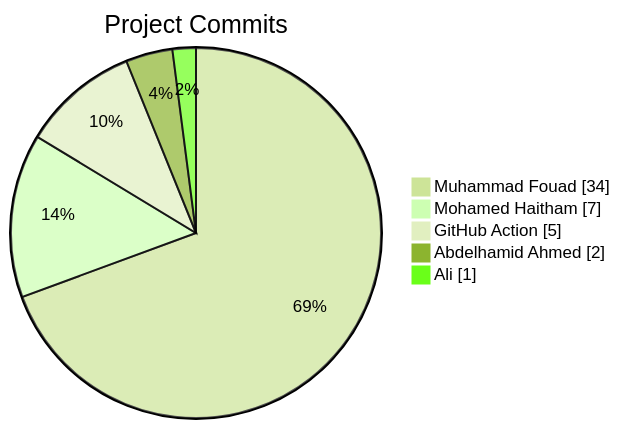
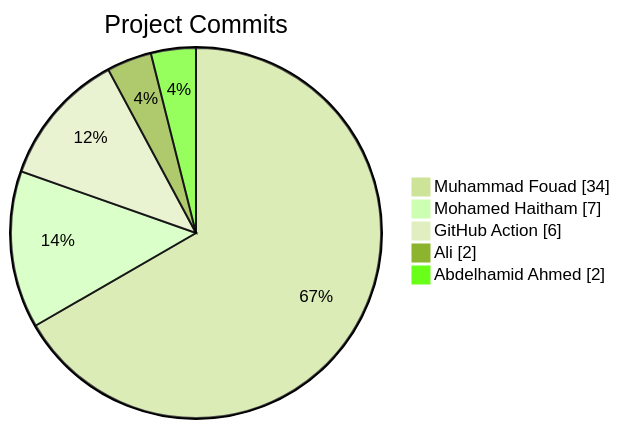
The diagram in README.md (Abdelhamid-El-rashidy/Library_System), drawn with Mermaid (forest theme) before and after one commit.

Commit message:
docs: update contributor stats [skip ci]

````diff
--- a/README.md
+++ b/README.md
@@ -11,9 +11,9 @@
 ```mermaid
 pie showData
     title Project Commits
     "Muhammad Fouad" : 34
     "Mohamed Haitham" : 7
-    "GitHub Action" : 5
+    "GitHub Action" : 6
+    "Ali" : 2
     "Abdelhamid Ahmed" : 2
-    "Ali" : 1
 ```
````
